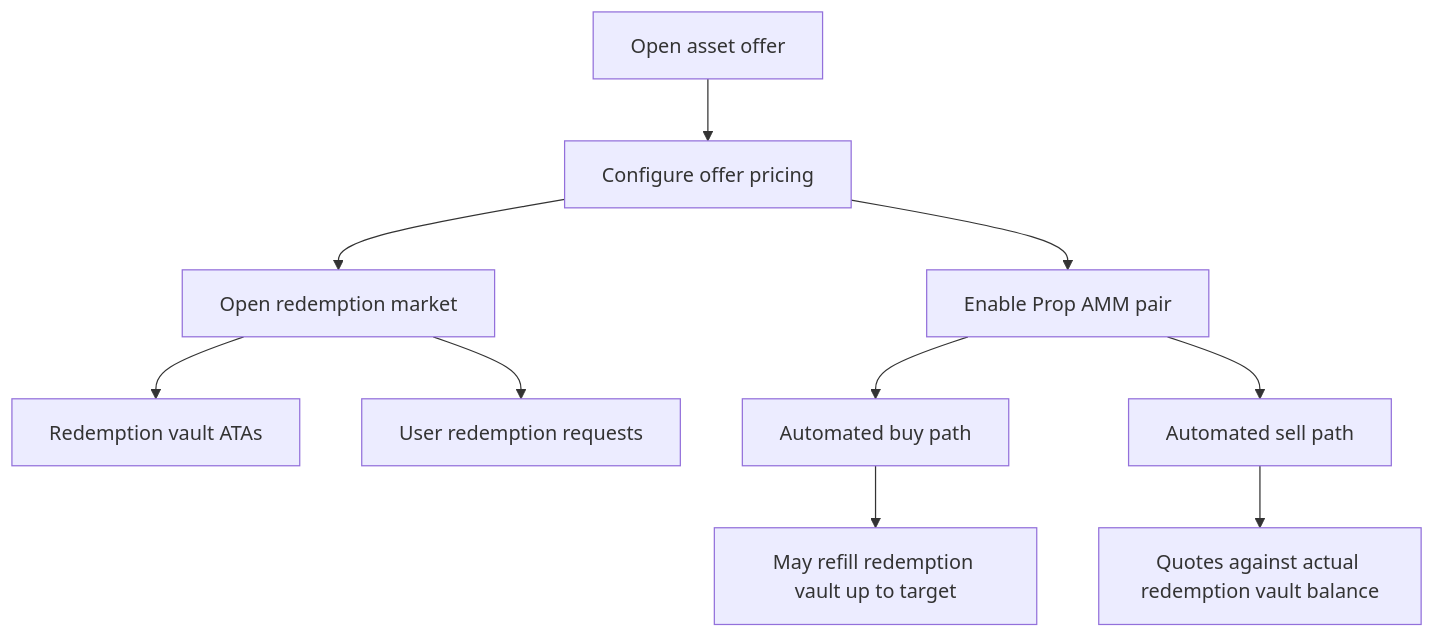
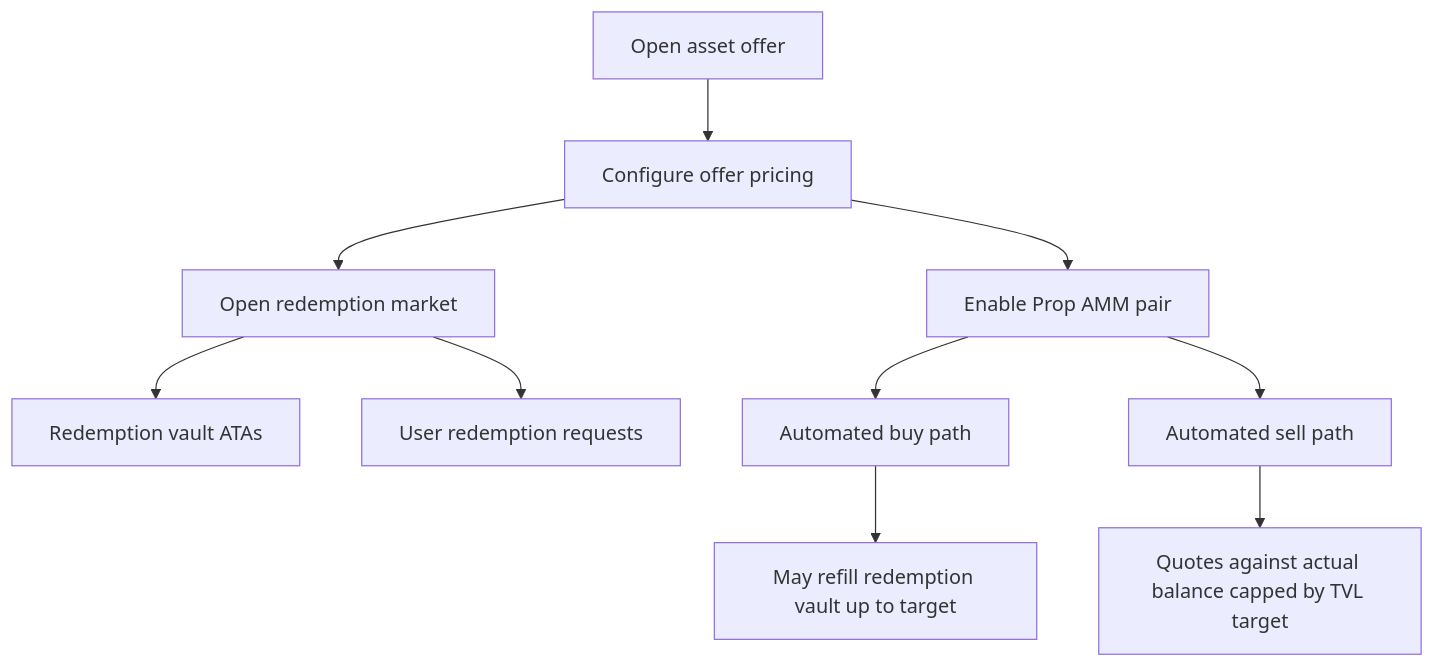
One commit to talllo/onre-sol-fuzz changed the fourth of 9 diagrams in docs/DOMAIN_MODEL.md. Above: the diagram before and after it, drawn with Mermaid. The commit also changed other lines of this file and 6 other files, not shown here.

````diff
--- a/docs/DOMAIN_MODEL.md
+++ b/docs/DOMAIN_MODEL.md
@@ -130,15 +130,15 @@
 ```mermaid
 flowchart TD
     MakeOffer[Open asset offer] --> AddVectors[Configure offer pricing]
     AddVectors --> OptionalRedemption[Open redemption market]
     AddVectors --> OptionalPropAmm[Enable Prop AMM pair]
 
     OptionalRedemption --> RedemptionVault[Redemption vault ATAs]
     OptionalRedemption --> Requests[User redemption requests]
 
     OptionalPropAmm --> BuyPath[Automated buy path]
     OptionalPropAmm --> SellPath[Automated sell path]
 
     BuyPath --> RefillRule[May refill redemption vault up to target]
-    SellPath --> ReserveRule[Quotes against actual redemption vault balance]
+    SellPath --> ReserveRule[Quotes against actual balance capped by TVL target]
 ```
````
